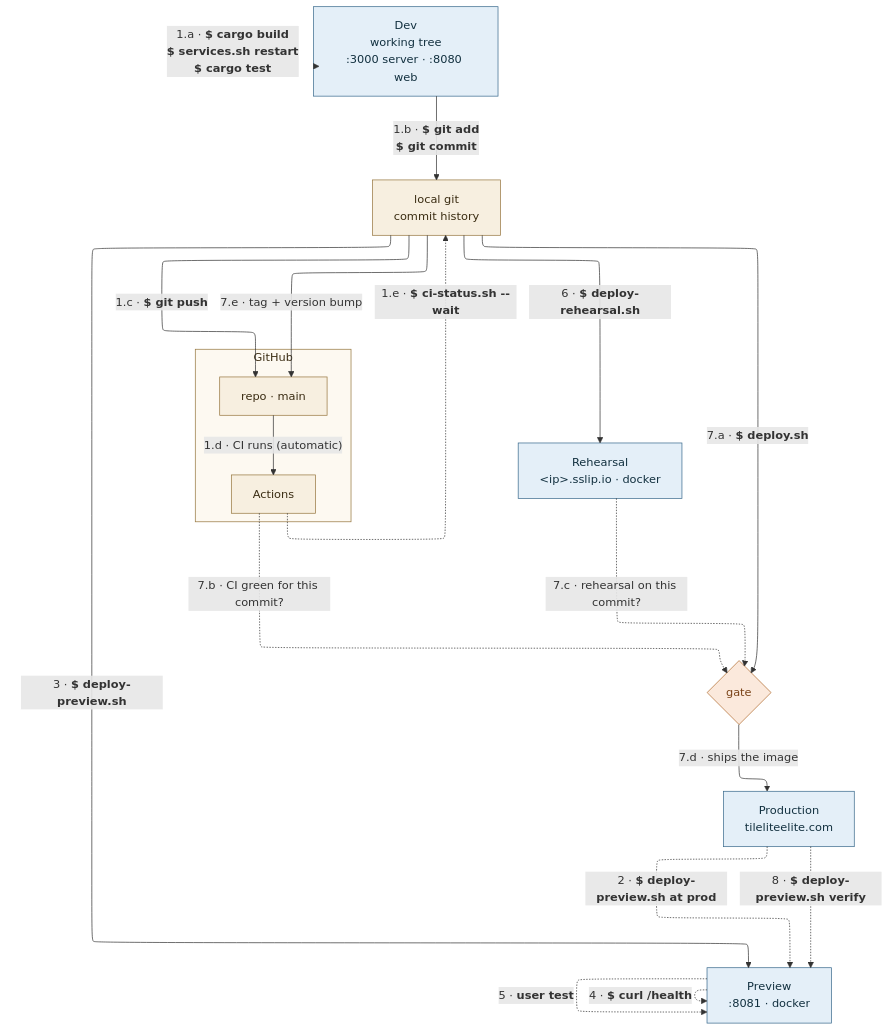
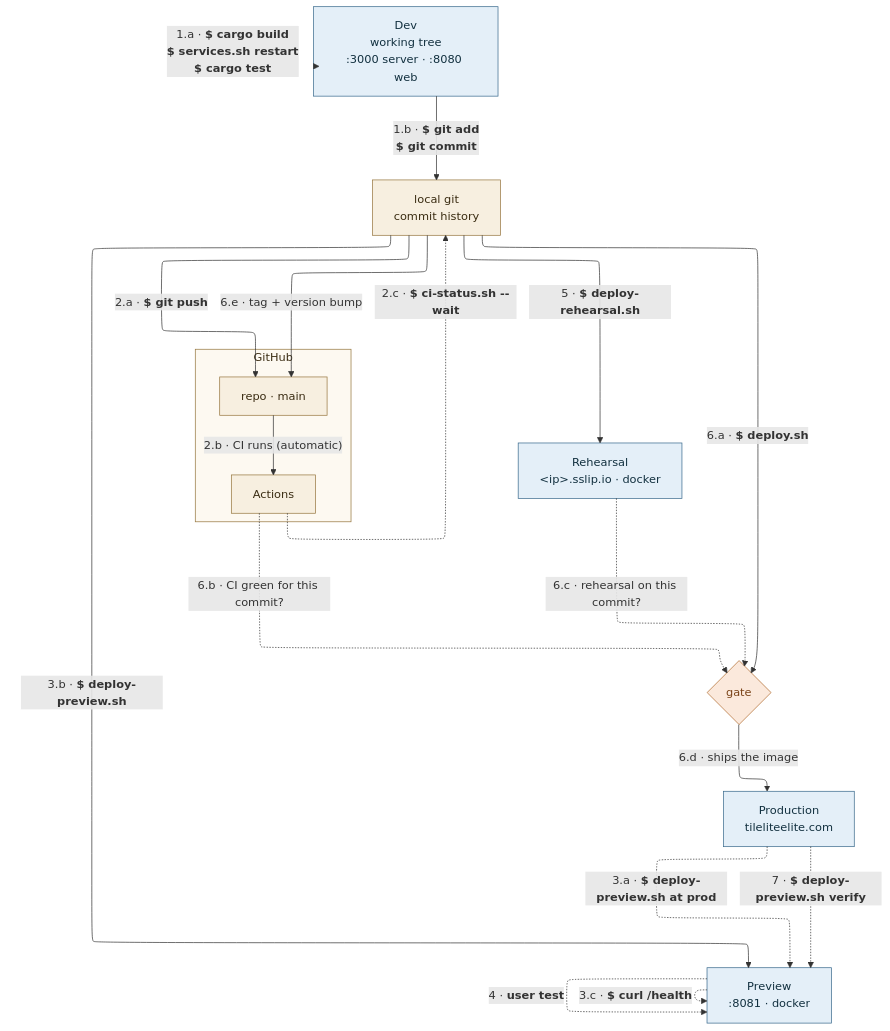
One commit to SteveStyle/scrabble-px changed the diagram in docs/diagrams/release-flow.mmd. Above: the diagram before and after it, drawn with Mermaid. The commit also changed 2 other files, not shown here.

First paragraph of the commit message:
app 0.6.3 api 2.13: rework part 1 against the review
Owner's review of PR #178, 2026-08-19. Seven changes, and two of them are
corrections rather than preferences.

```diff
--- a/docs/diagrams/release-flow.mmd
+++ b/docs/diagrams/release-flow.mmd
@@ -1,87 +1,89 @@
 ---
 config:
   layout: elk
   elk:
     nodePlacementStrategy: BRANDES_KOEPF
 ---
 flowchart TB
     %% Line language, applied consistently:
     %%   -->    code moves, in the direction it moves
     %%   -.->   an answer comes back — a query, nothing shipped
     %% Bold is an action somebody takes; normal weight is something that
     %% happens on its own or a question being asked. Bold comes from
     %% mermaid markdown strings (backtick-quoted labels) rather than <b>,
     %% which leaks literally while htmlLabels is false.
     %% .
     %% Every arrow is numbered, in the order events happen, so the whole
     %% sequence can be followed by reading the numbers. A letter suffix
-    %% breaks one runbook step into its ordered parts — 1.a-1.e are things
-    %% you do, 7.a-7.e are what one command does on your behalf.
+    %% breaks one runbook step into its ordered parts — 1.a-1.b are things
+    %% you do, 6.a-6.e are what one command does on your behalf. The numbers
+    %% are the runbook's own section numbers in docs/3.3 part 1: arrow 5 is
+    %% step 1.5, so the diagram and the text can be read together.
     %% .
     %%   {  }   a decision on an action arrow — the action stops here and
     %%          is tested before it continues. Checks feed into it.
     %% .
     %% .
     %% Preview deliberately does not feed the gate. It is where you look at a
     %% change; the gate asks whether the release *mechanism* worked, which is
     %% what the rehearsal host answers. A gate can check that bits were
     %% present somewhere, never that somebody looked at them and was happy.
     %% .
     %% The gate is a decision on the *action*, not a property of production:
     %% it happens inside deploy.sh, before anything ships, and the two
     %% checks are inputs to it. Drawing it as arrows into Production implied
     %% a relationship between Actions and Production that does not exist.
     %% .
     %% No linkStyle anywhere: the shapes carry the meaning. Edge indices
     %% silently pointed at the wrong arrows four times when they did.
     %% .
     %% Steps 3, 6 and 7.a start at local git rather than Dev on purpose, and
     %% this is literally true of the scripts: both check the commit out into
     %% a throwaway git worktree and build that, so the working tree cannot
     %% reach either environment. Do not "correct" these to start at DEV.
     DEV["Dev<br/>working tree<br/>:3000 server · :8080 web"]
     STG["Preview<br/>:8081 · docker"]
     REH["Rehearsal<br/>&lt;ip&gt;.sslip.io · docker"]
     PROD["Production<br/>tileliteelite.com"]
     LG["local git<br/>commit history"]
     subgraph GH["GitHub"]
         REPO["repo · main"]
         ACT["Actions"]
     end
 
 
     DEV ~~~ STG
     STG ~~~ REH
     REH ~~~ GATE
     %% Without this, ELK floats Production up beside the others and "ships
     %% the image" points upward. Pinning it last puts the environments in
     %% descending order and the deploy flow downward through the gate.
     REH ~~~ PROD
 
     DEV -->|"`1.a · **$ cargo build**
 **$ services.sh restart**
 **$ cargo test**`"| DEV
     DEV -->|"`1.b · **$ git add**
 **$ git commit**`"| LG
-    LG -->|"`1.c · **$ git push**`"| REPO
-    REPO -->|"1.d · CI runs (automatic)"| ACT
-    ACT -.->|"`1.e · **$ ci-status.sh --wait**`"| LG
-    PROD -.->|"`2 · **$ deploy-preview.sh at prod**`"| STG
-    LG -->|"`3 · **$ deploy-preview.sh**`"| STG
-    STG -.->|"`4 · **$ curl /health**`"| STG
-    STG -.->|"`5 · **user test**`"| STG
-    LG -->|"`6 · **$ deploy-rehearsal.sh**`"| REH
-    LG -->|"`7.a · **$ deploy.sh**`"| GATE{"gate"}
-    GATE -->|"7.d · ships the image"| PROD
-    ACT -.->|"7.b · CI green for this commit?"| GATE
-    REH -.->|"7.c · rehearsal on this commit?"| GATE
-    LG -->|"7.e · tag + version bump"| REPO
-    PROD -.->|"`8 · **$ deploy-preview.sh verify**`"| STG
+    LG -->|"`2.a · **$ git push**`"| REPO
+    REPO -->|"2.b · CI runs (automatic)"| ACT
+    ACT -.->|"`2.c · **$ ci-status.sh --wait**`"| LG
+    PROD -.->|"`3.a · **$ deploy-preview.sh at prod**`"| STG
+    LG -->|"`3.b · **$ deploy-preview.sh**`"| STG
+    STG -.->|"`3.c · **$ curl /health**`"| STG
+    STG -.->|"`4 · **user test**`"| STG
+    LG -->|"`5 · **$ deploy-rehearsal.sh**`"| REH
+    LG -->|"`6.a · **$ deploy.sh**`"| GATE{"gate"}
+    GATE -->|"6.d · ships the image"| PROD
+    ACT -.->|"6.b · CI green for this commit?"| GATE
+    REH -.->|"6.c · rehearsal on this commit?"| GATE
+    LG -->|"6.e · tag + version bump"| REPO
+    PROD -.->|"`7 · **$ deploy-preview.sh verify**`"| STG
 
     classDef gate fill:#fbe9dc,stroke:#b06a2c,color:#7a4318
     classDef env fill:#e4eff8,stroke:#39698c,color:#12303f
     classDef repo fill:#f7efe0,stroke:#96763f,color:#3a2c12
     class DEV,STG,REH,PROD env
     class LG,REPO,ACT repo
     class GATE gate
     style GH fill:#fdf9f1,stroke:#96763f,color:#3a2c12
```
